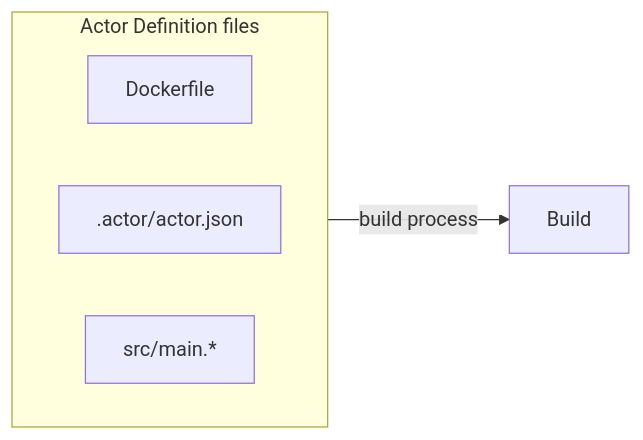
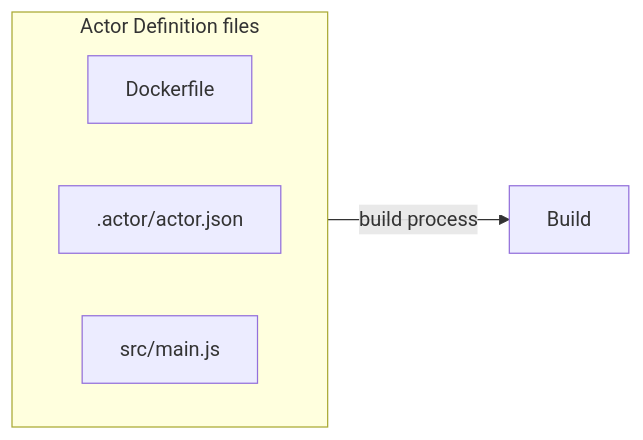
One commit to apify/apify-docs changed the first of 3 diagrams in sources/platform/actors/development/builds_and_runs/index.md. Above: the diagram before and after it, drawn with Mermaid. The commit also changed 7 other files, not shown here.

````diff
--- a/sources/platform/actors/development/builds_and_runs/index.md
+++ b/sources/platform/actors/development/builds_and_runs/index.md
@@ -14,11 +14,11 @@
 ```mermaid
 flowchart LR
     subgraph AD [Actor Definition files]
         direction LR
         Dockerfile
         .actor/actor.json
-        src/main.*
+        src/main.js
     end
 
     AD -- "build process" --> Build
 ```
````
